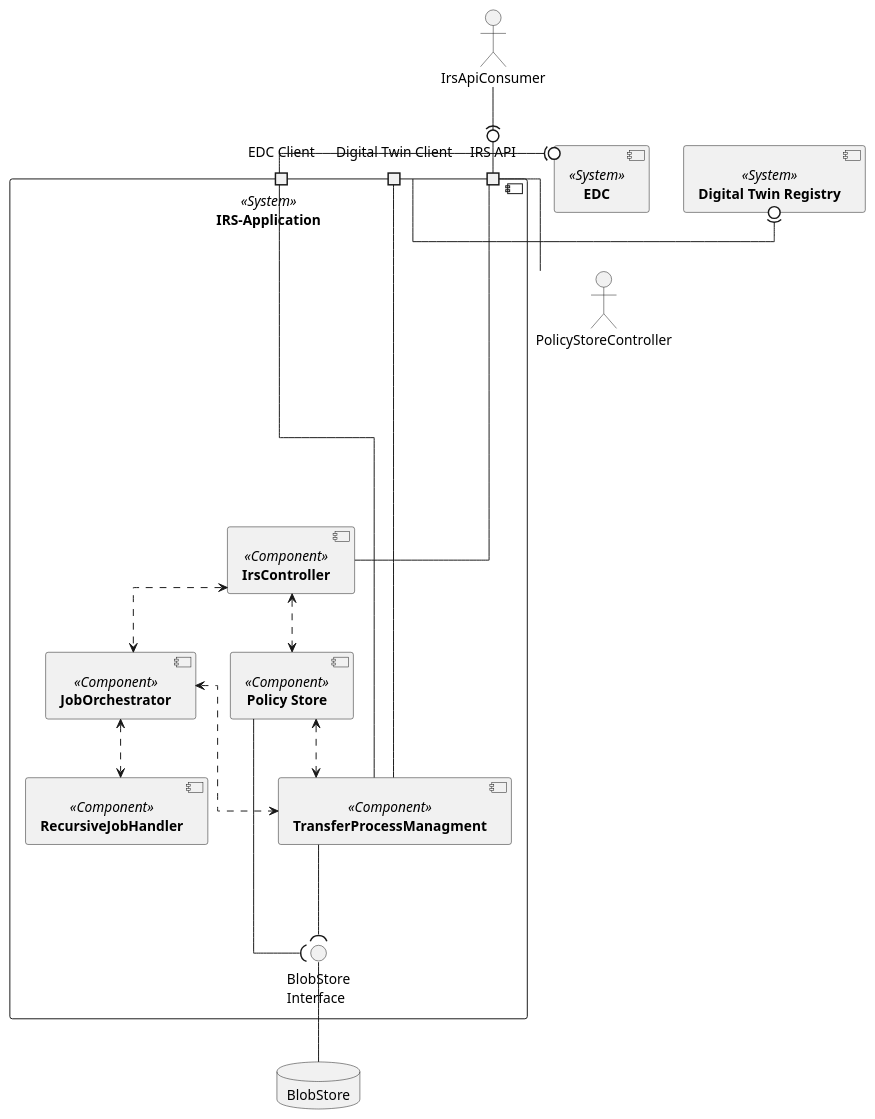
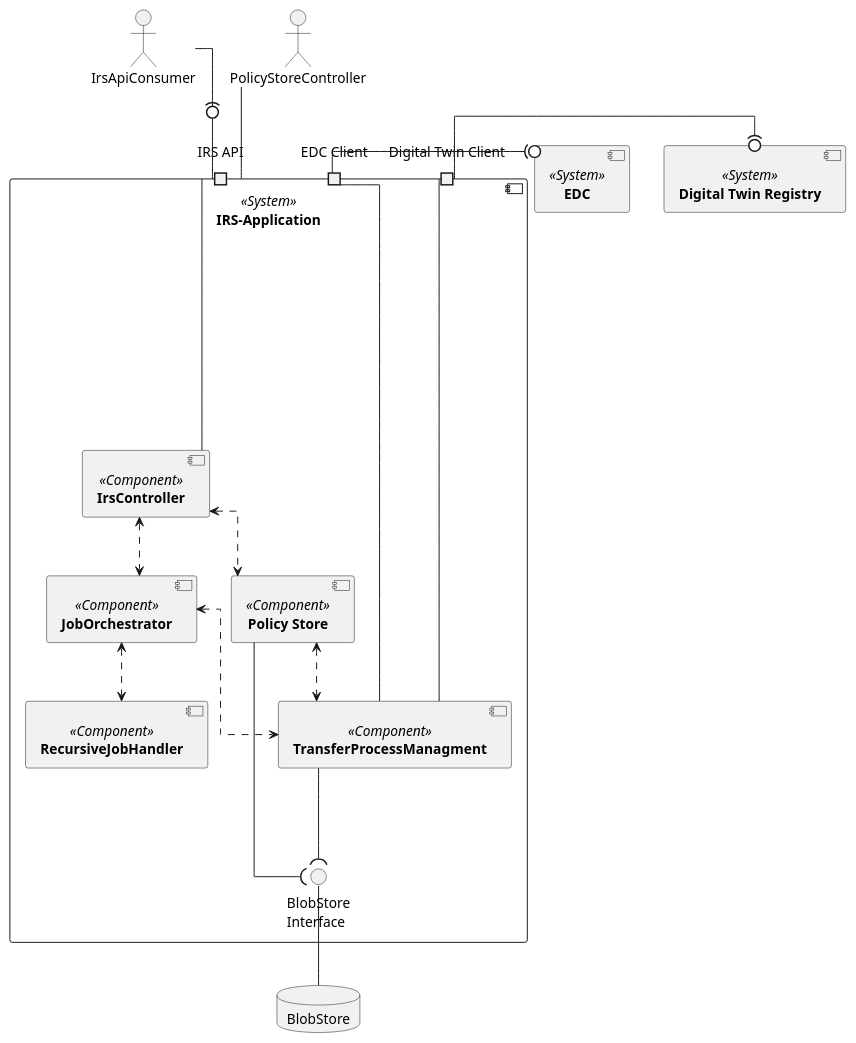
The diagram in docs/src/uml-diagrams/building-block-view/building-block-view.puml (eclipse-tractusx/item-relationship-service), drawn with PlantUML before and after one commit. The commit also changed 10 other files, not shown here.

```diff
--- a/docs/src/uml-diagrams/building-block-view/building-block-view.puml
+++ b/docs/src/uml-diagrams/building-block-view/building-block-view.puml
@@ -1,48 +1,48 @@
 @startuml
 skinparam monochrome true
 skinparam shadowing false
 skinparam linetype ortho
 skinparam defaultFontName "Architects daughter"
 
 
  component [**IRS-Application**] <<System>> as IRS {
     component [**RecursiveJobHandler**] <<Component>> as RecursiveJobHandler
     component [**IrsController**] <<Component>> as IrsController
     component [**JobOrchestrator**] <<Component>> as JobOrchestrator
     component [**TransferProcessManagment**] <<Component>> as TransferProcessManagement
     component [**Policy Store**] <<Component>> as PolicyStore
 
     port "IRS API" as API_PORT
     port "Digital Twin Client" as AAS_PORT
     port "EDC Client" as EDC_PORT
 
     () "BlobStore\nInterface" as StoreInterface
 
 
     IrsController <..> JobOrchestrator
     JobOrchestrator <..> TransferProcessManagement
     JobOrchestrator <..> RecursiveJobHandler
     TransferProcessManagement --( StoreInterface
     PolicyStore --( StoreInterface
     PolicyStore <..> TransferProcessManagement
     IrsController <..> PolicyStore
 
 
 }
 component [**Digital Twin Registry**] <<System>> as DTR
 component [**EDC**] <<System>> as EDC
 actor IrsApiConsumer
 IrsController -up- API_PORT
-PolicyStoreController -up- API_PORT
+PolicyStoreController -down- API_PORT
 IrsApiConsumer -(0- API_PORT
 
 
 TransferProcessManagement --- AAS_PORT
 TransferProcessManagement --- EDC_PORT
-AAS_PORT -(0 DTR
-EDC_PORT -(0 EDC
+AAS_PORT --right-(0 DTR
+EDC_PORT --right-(0 EDC
 
 database "BlobStore" as BlobStore
 StoreInterface -down- BlobStore
 
 @enduml
```
